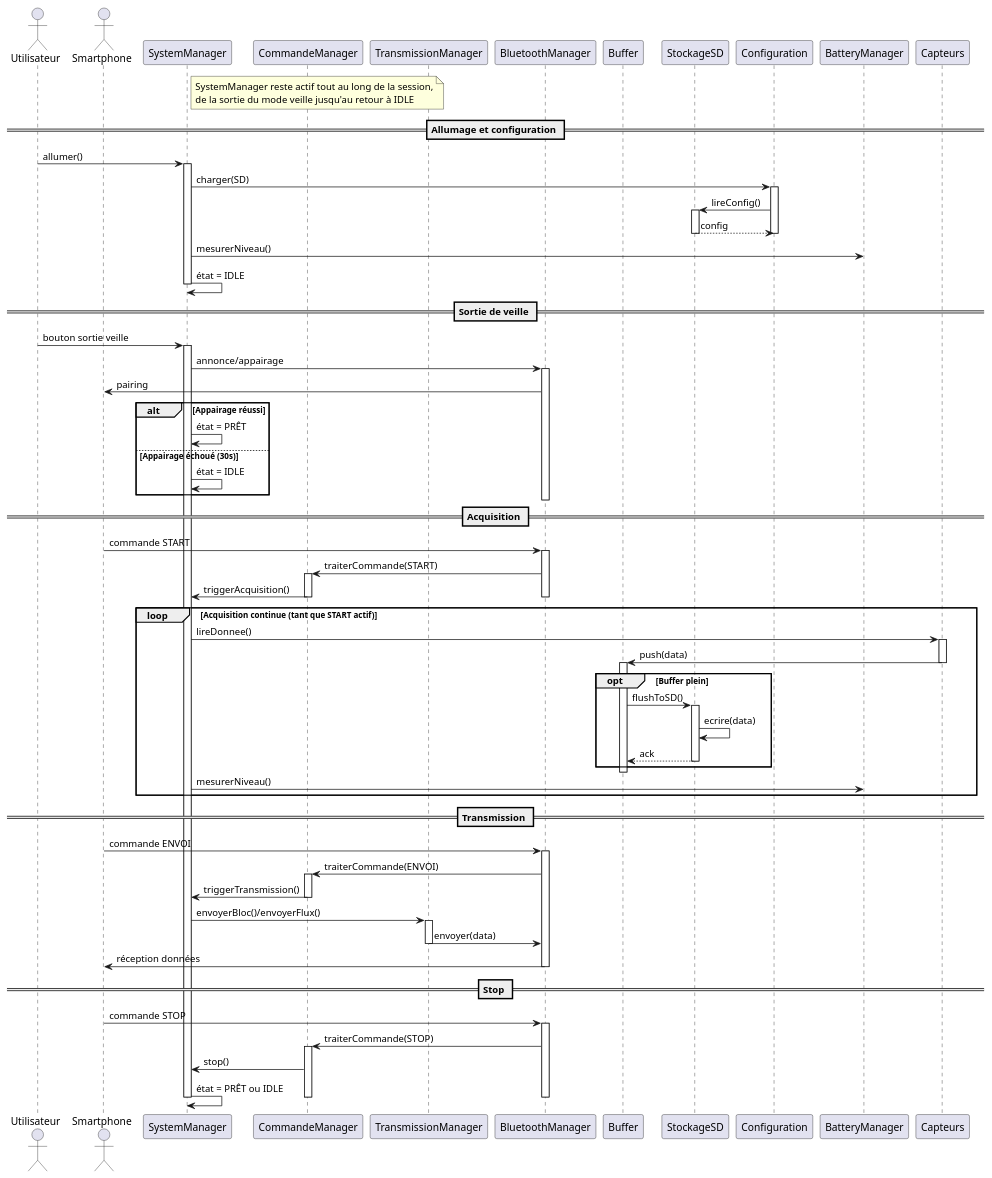
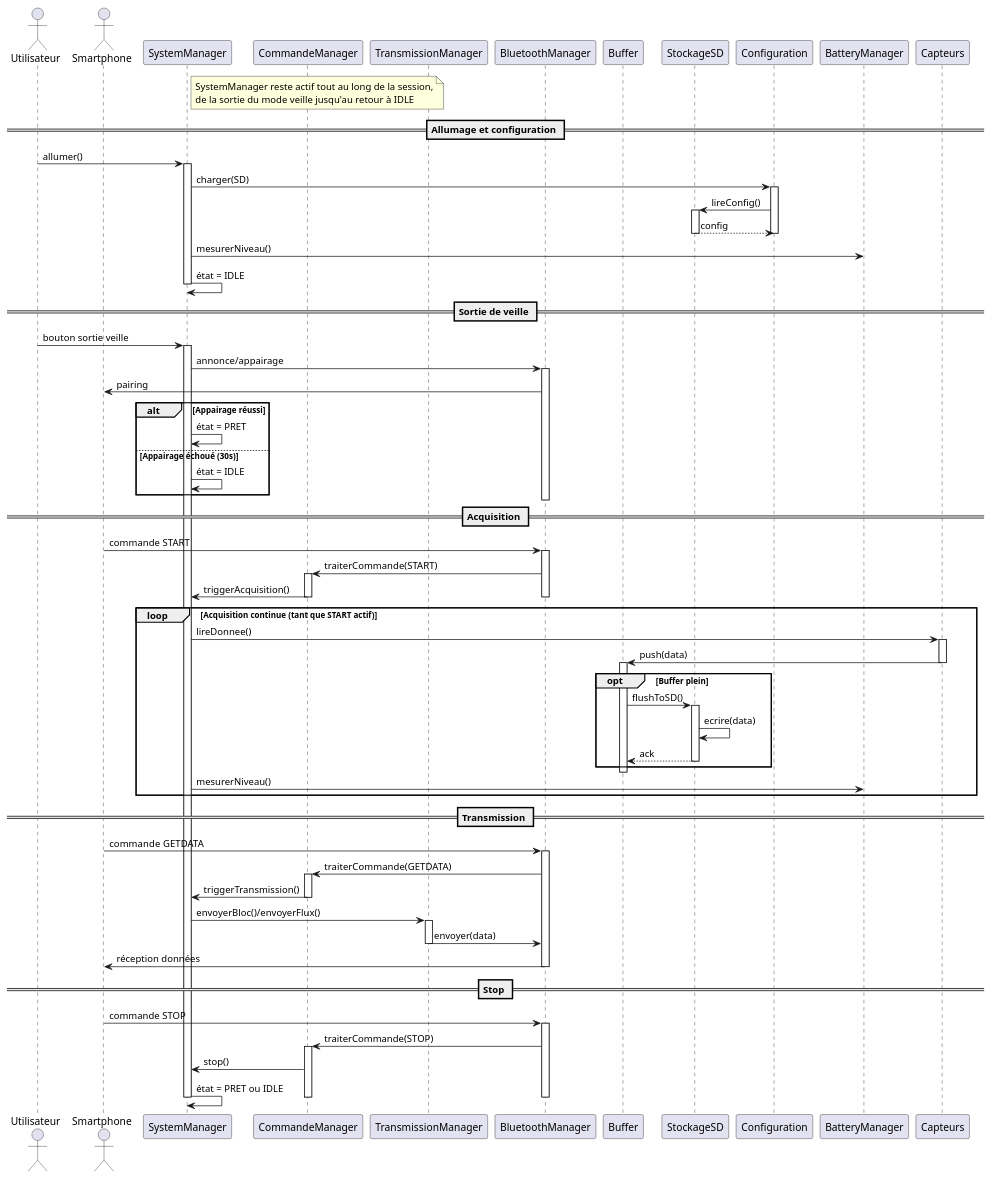
The sixth of 6 diagrams in index.md (maxpermal/maxpermal.github.io), drawn with PlantUML before and after one commit. The commit also changed other lines of this file, not shown here.

`````diff
--- a/index.md
+++ b/index.md
@@ -745,12 +462,12 @@
 ````plantuml
 
-' ███████╗███████╗ ██████╗ ██╗   ██╗███████╗███╗   ██╗████████╗██╗███████╗██╗     
-' ██╔════╝██╔════╝██╔═══██╗██║   ██║██╔════╝████╗  ██║╚══██╔══╝██║██╔════╝██║     
-' ███████╗█████╗  ██║   ██║██║   ██║█████╗  ██╔██╗ ██║   ██║   ██║█████╗  ██║     
-' ╚════██║██╔══╝  ██║▄▄ ██║██║   ██║██╔══╝  ██║╚██╗██║   ██║   ██║██╔══╝  ██║     
+' ███████╗███████╗ ██████╗ ██╗   ██╗███████╗███╗   ██╗████████╗██╗███████╗██╗
+' ██╔════╝██╔════╝██╔═══██╗██║   ██║██╔════╝████╗  ██║╚══██╔══╝██║██╔════╝██║
+' ███████╗█████╗  ██║   ██║██║   ██║█████╗  ██╔██╗ ██║   ██║   ██║█████╗  ██║
+' ╚════██║██╔══╝  ██║▄▄ ██║██║   ██║██╔══╝  ██║╚██╗██║   ██║   ██║██╔══╝  ██║
 ' ███████║███████╗╚██████╔╝╚██████╔╝███████╗██║ ╚████║   ██║   ██║███████╗███████╗
 ' ╚══════╝╚══════╝ ╚══▀▀═╝  ╚═════╝ ╚══════╝╚═╝  ╚═══╝   ╚═╝   ╚═╝╚══════╝╚══════╝
-                                                                                
+
 @startuml 5_Sequence_diagram
 actor Utilisateur
 actor Smartphone
@@ -792,9 +509,9 @@
 activate BLE
 BLE -> Smartphone : pairing
 alt Appairage réussi
-    SM -> SM : état = PRÊT
+  SM -> SM : état = PRET
 else Appairage échoué (30s)
-    SM -> SM : état = IDLE
+  SM -> SM : état = IDLE
 end
 deactivate BLE
 
@@ -808,26 +525,26 @@
 deactivate BLE
 
 loop Acquisition continue (tant que START actif)
-    SM -> SENS : lireDonnee()
-    activate SENS
-    SENS -> BUF : push(data)
-    deactivate SENS
-    activate BUF
-    opt Buffer plein
-        BUF -> SD : flushToSD()
-        activate SD
-        SD -> SD : ecrire(data)  
-        SD --> BUF : ack
-        deactivate SD
-    end
-    deactivate BUF
-    SM -> BAT : mesurerNiveau()
+  SM -> SENS : lireDonnee()
+  activate SENS
+  SENS -> BUF : push(data)
+  deactivate SENS
+  activate BUF
+  opt Buffer plein
+    BUF -> SD : flushToSD()
+    activate SD
+    SD -> SD : ecrire(data)
+    SD --> BUF : ack
+    deactivate SD
+  end
+  deactivate BUF
+  SM -> BAT : mesurerNiveau()
 end
 
 == Transmission ==
-Smartphone -> BLE : commande ENVOI
+Smartphone -> BLE : commande GETDATA
 activate BLE
-BLE -> CMD : traiterCommande(ENVOI)
+BLE -> CMD : traiterCommande(GETDATA)
 activate CMD
 CMD -> SM : triggerTransmission()
 deactivate CMD
@@ -845,7 +562,7 @@
 BLE -> CMD : traiterCommande(STOP)
 activate CMD
 CMD -> SM : stop()
-SM -> SM : état = PRÊT ou IDLE
+SM -> SM : état = PRET ou IDLE
 deactivate CMD
 deactivate BLE
 deactivate SM
`````
